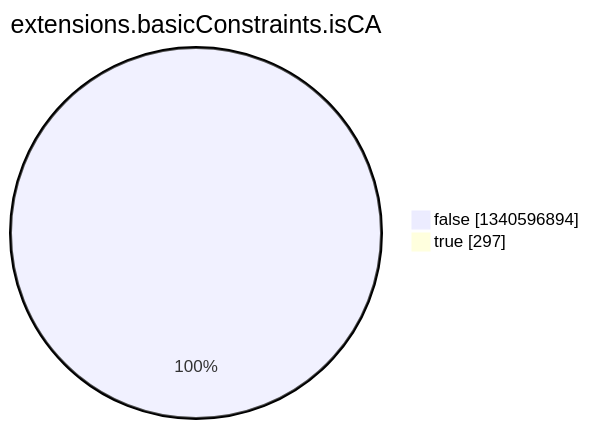
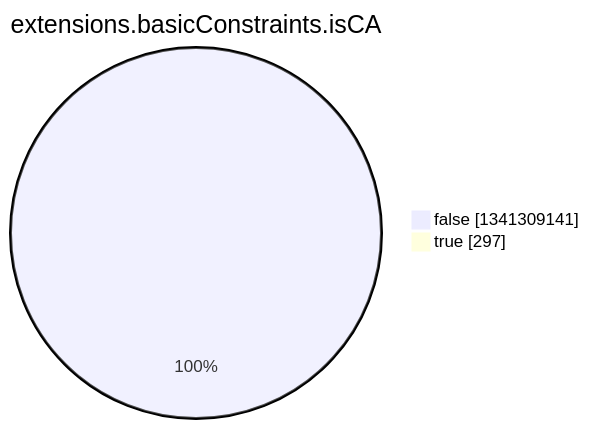
The eighth of 15 diagrams in argon2022/README.md (christiankrug/ctmonitor_visualization), drawn with Mermaid before and after one commit. The commit also changed other lines of this file, not shown here.

````diff
--- a/argon2022/README.md
+++ b/argon2022/README.md
@@ -2758,6 +2758,6 @@
 ```mermaid
 pie showData
 title extensions.basicConstraints.isCA
-"false" :1340596894
+"false" :1341309141
 "true" :297
 ```
````
